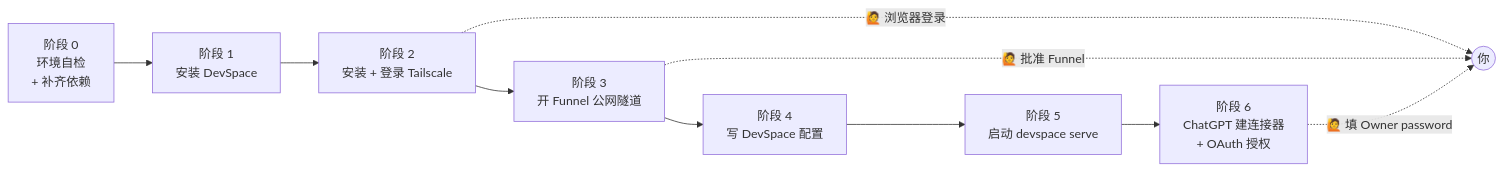
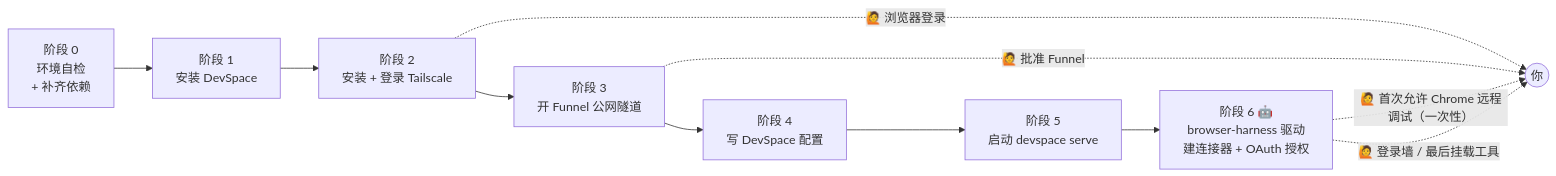
The diagram in README.zh-CN.md (hawklithm/chatgpt-mcp-connector), drawn with Mermaid before and after one commit. The commit also changed other lines of this file and 5 other files, not shown here.

First line of the commit message:
feat: 阶段 6 改由 agent 用 browser-harness 自动完成

````diff
--- a/README.zh-CN.md
+++ b/README.zh-CN.md
@@ -256,13 +300,14 @@
 ```mermaid
 flowchart LR
     S0["阶段 0<br/>环境自检<br/>+ 补齐依赖"] --> S1["阶段 1<br/>安装 DevSpace"]
     S1 --> S2["阶段 2<br/>安装 + 登录 Tailscale"]
     S2 --> S3["阶段 3<br/>开 Funnel 公网隧道"]
     S3 --> S4["阶段 4<br/>写 DevSpace 配置"]
     S4 --> S5["阶段 5<br/>启动 devspace serve"]
-    S5 --> S6["阶段 6<br/>ChatGPT 建连接器<br/>+ OAuth 授权"]
+    S5 --> S6["阶段 6 🤖<br/>browser-harness 驱动<br/>建连接器 + OAuth 授权"]
 
     S2 -.->|🙋 浏览器登录| U1((你))
     S3 -.->|🙋 批准 Funnel| U1
-    S6 -.->|🙋 填 Owner password| U1
+    S6 -.->|🙋 首次允许 Chrome 远程调试（一次性）| U1
+    S6 -.->|🙋 登录墙 / 最后挂载工具| U1
 ```
````
